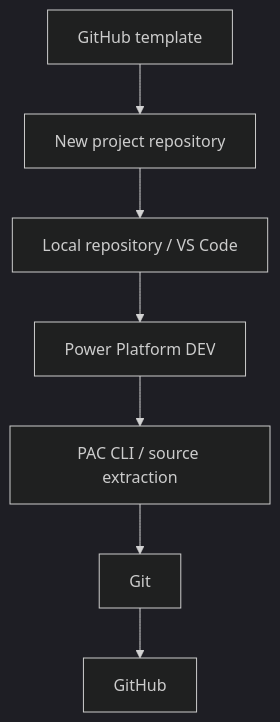
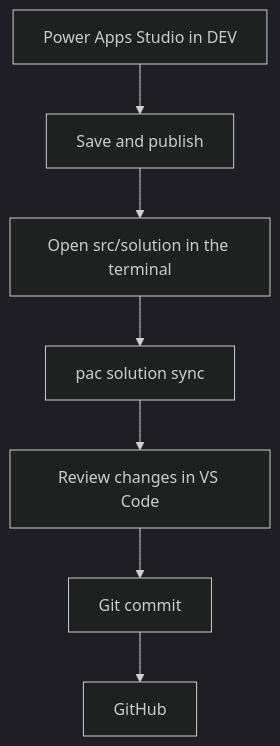
The first of 2 diagrams in docs/development-workflow.md (driscollsnickkoo/Driscolls-UK-PowerPlatform-Template), drawn with Mermaid (dark theme) before and after one commit. The commit also changed other lines of this file, not shown here.

````diff
--- a/docs/development-workflow.md
+++ b/docs/development-workflow.md
@@ -48,9 +9,9 @@
 ```mermaid
 flowchart TD
-    A["GitHub template"] --> B["New project repository"]
-    B --> C["Local repository / VS Code"]
-    C --> D["Power Platform DEV"]
-    D --> E["PAC CLI / source extraction"]
-    E --> F["Git"]
-    F --> G["GitHub"]
+    A[Power Apps Studio in DEV] --> B[Save and publish]
+    B --> C[Open src/solution in the terminal]
+    C --> D[pac solution sync]
+    D --> E[Review changes in VS Code]
+    E --> F[Git commit]
+    F --> G[GitHub]
 ```
````
